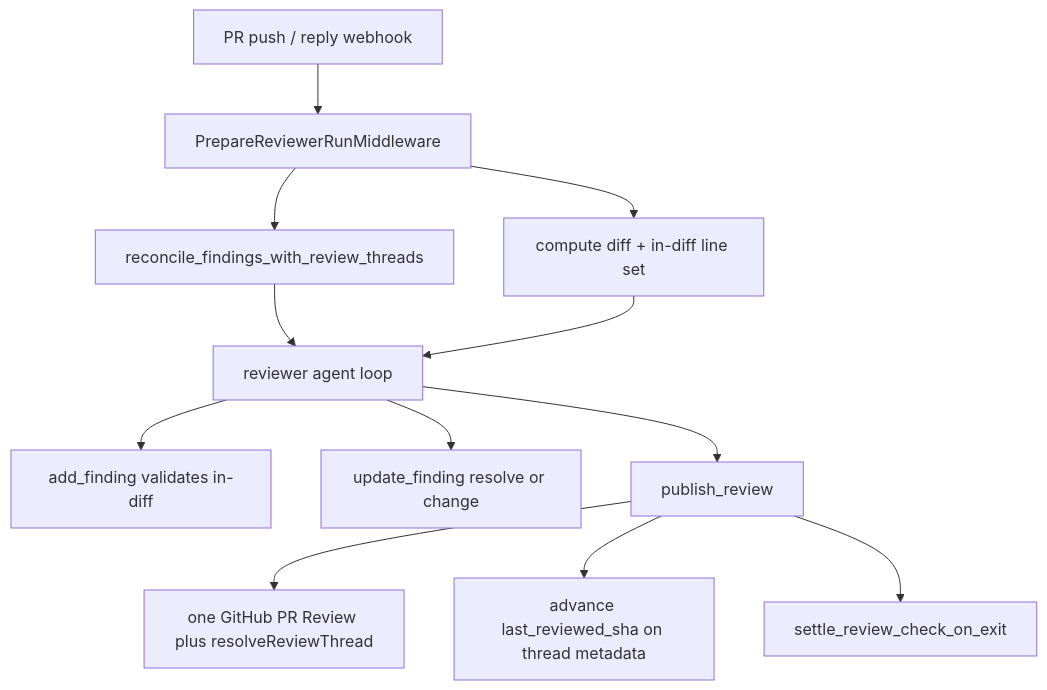
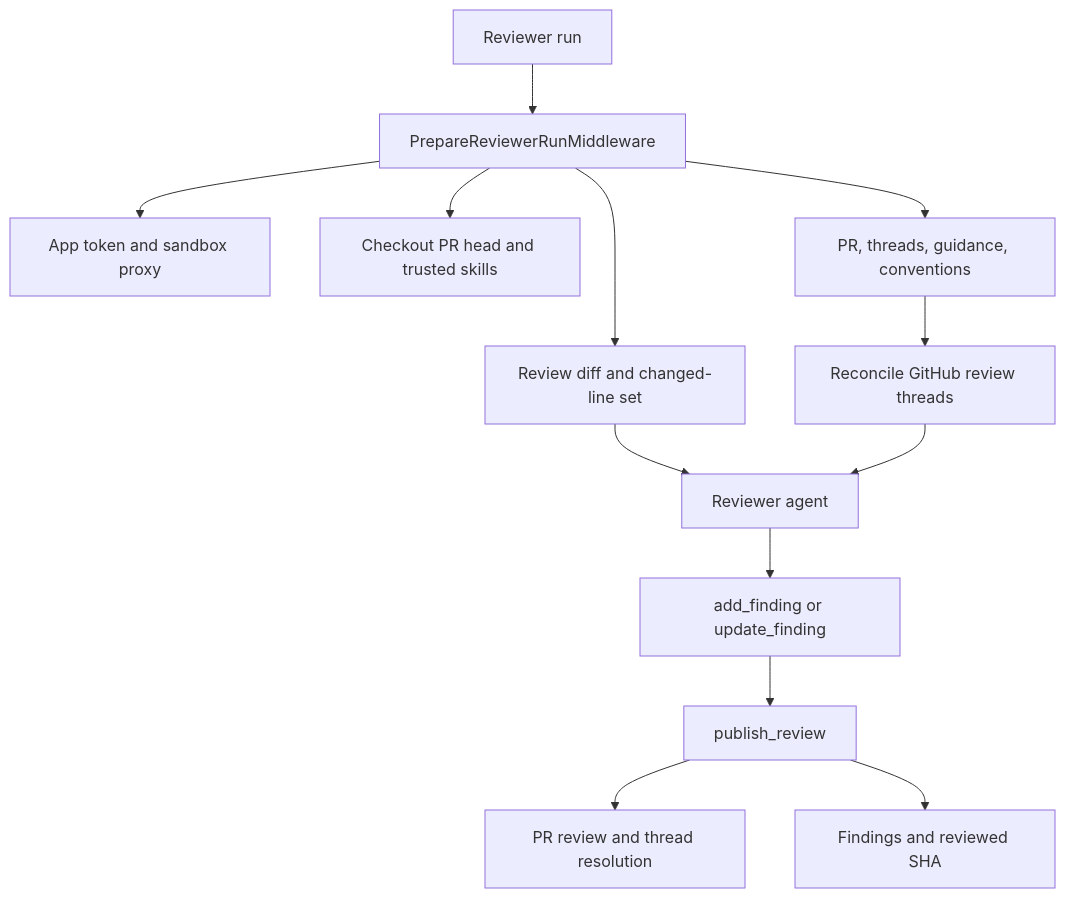
One commit to langchain-ai/open-swe changed the first of 2 diagrams in openwiki/architecture/reviewer-and-analyzer.md. Above: the diagram before and after it, drawn with Mermaid. The commit also changed other lines of this file and 52 other files, not shown here.

````diff
--- a/openwiki/architecture/reviewer-and-analyzer.md
+++ b/openwiki/architecture/reviewer-and-analyzer.md
@@ -221,14 +78,15 @@
 ```mermaid
 flowchart TD
-    W["PR push / reply webhook"] --> P["PrepareReviewerRunMiddleware"]
-    P --> R["reconcile_findings_with_review_threads"]
-    P --> D["compute diff + in-diff line set"]
-    R --> A["reviewer agent loop"]
-    D --> A
-    A --> AF["add_finding validates in-diff"]
-    A --> UF["update_finding resolve or change"]
-    A --> PUB["publish_review"]
-    PUB --> GH["one GitHub PR Review plus resolveReviewThread"]
-    PUB --> M["advance last_reviewed_sha on thread metadata"]
-    PUB --> C["settle_review_check_on_exit"]
+    Trigger["Reviewer run"] --> Prep["PrepareReviewerRunMiddleware"]
+    Prep --> Auth["App token and sandbox proxy"]
+    Prep --> Checkout["Checkout PR head and trusted skills"]
+    Prep --> Diff["Review diff and changed-line set"]
+    Prep --> Context["PR, threads, guidance, conventions"]
+    Context --> Reconcile["Reconcile GitHub review threads"]
+    Diff --> Agent["Reviewer agent"]
+    Reconcile --> Agent
+    Agent --> Finding["add_finding or update_finding"]
+    Finding --> Publish["publish_review"]
+    Publish --> GitHub["PR review and thread resolution"]
+    Publish --> Metadata["Findings and reviewed SHA"]
 ```
````
